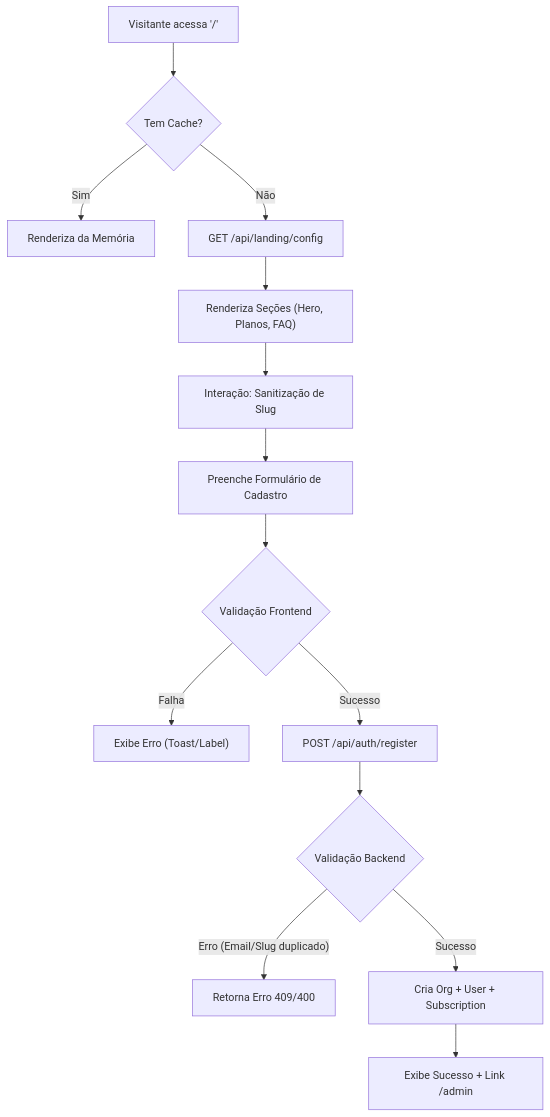
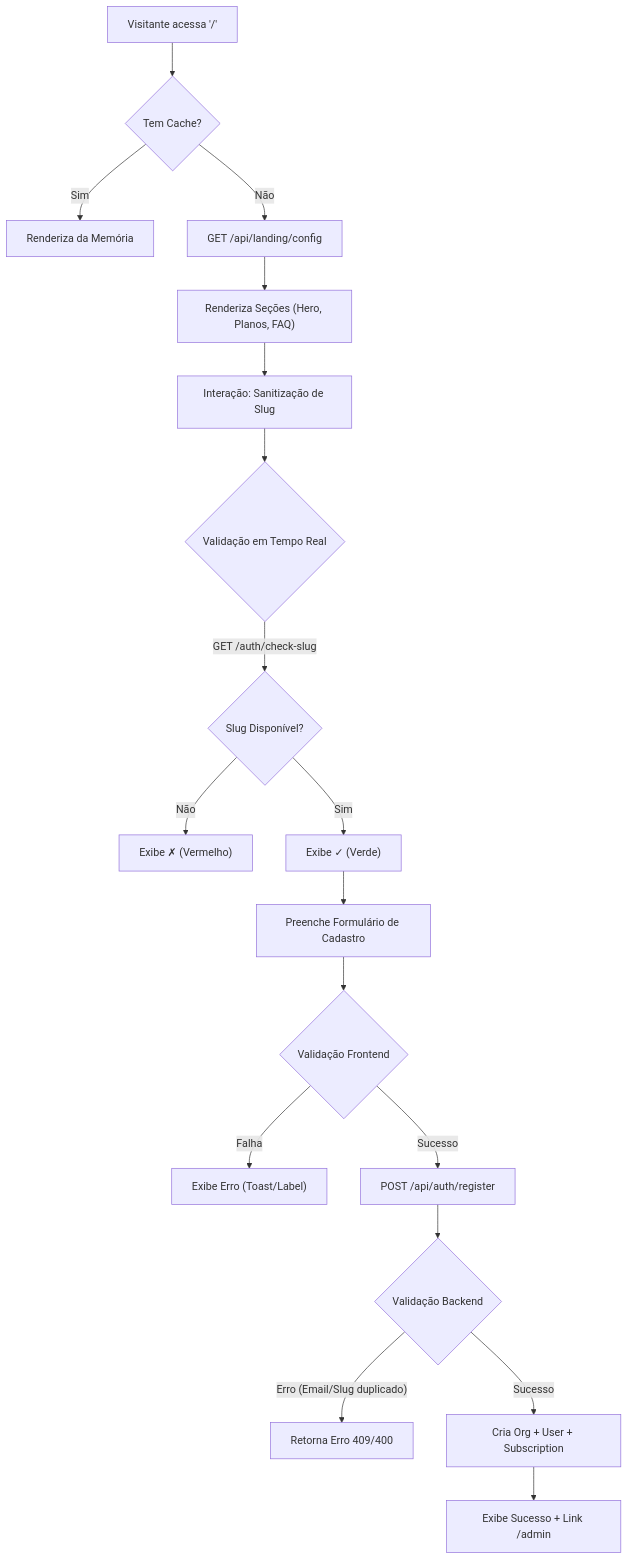
Before and after one commit to pach3c0/fs-saas: the first of 5 diagrams in skills/1_5_landingpage.md, drawn with Mermaid. The commit also changed other lines of this file and 11 other files, not shown here.

````diff
--- a/skills/1_5_landingpage.md
+++ b/skills/1_5_landingpage.md
@@ -21,16 +21,21 @@
 ```mermaid
 flowchart TD
     A["Visitante acessa '/'"] --> B{"Tem Cache?"}
     B -- "Sim" --> C["Renderiza da Memória"]
     B -- "Não" --> D["GET /api/landing/config"]
     D --> E["Renderiza Seções (Hero, Planos, FAQ)"]
     E --> F["Interação: Sanitização de Slug"]
-    F --> G["Preenche Formulário de Cadastro"]
+    F --> FS{"Validação em Tempo Real"}
+    FS --> |"GET /auth/check-slug"| FSC{"Slug Disponível?"}
+    FSC -- "Não" --> FSE["Exibe ✗ (Vermelho)"]
+    FSC -- "Sim" --> FSS["Exibe ✓ (Verde)"]
+    
+    FSS --> G["Preenche Formulário de Cadastro"]
     G --> H{"Validação Frontend"}
     H -- "Falha" --> I["Exibe Erro (Toast/Label)"]
     H -- "Sucesso" --> J["POST /api/auth/register"]
     J --> K{"Validação Backend"}
     K -- "Erro (Email/Slug duplicado)" --> L["Retorna Erro 409/400"]
     K -- "Sucesso" --> M["Cria Org + User + Subscription"]
     M --> N["Exibe Sucesso + Link /admin"]
 ```
````
